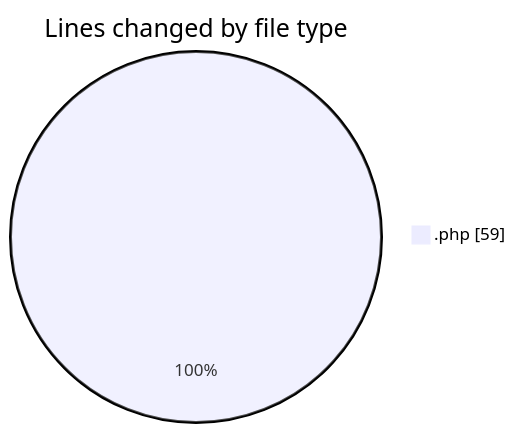
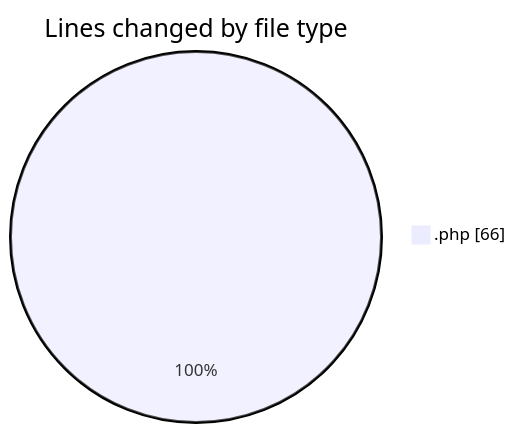
The first of 2 diagrams in 2026-09-14/untitled__workspace_/README.md (debugP/code-tracking), drawn with Mermaid before and after one commit. The commit also changed other lines of this file and 1 other file, not shown here.

````diff
--- a/2026-09-14/untitled__workspace_/README.md
+++ b/2026-09-14/untitled__workspace_/README.md
@@ -20,5 +21,5 @@
 ```mermaid
 pie showData
 title Lines changed by file type
-".php" : 59
+".php" : 66
 ```
````
